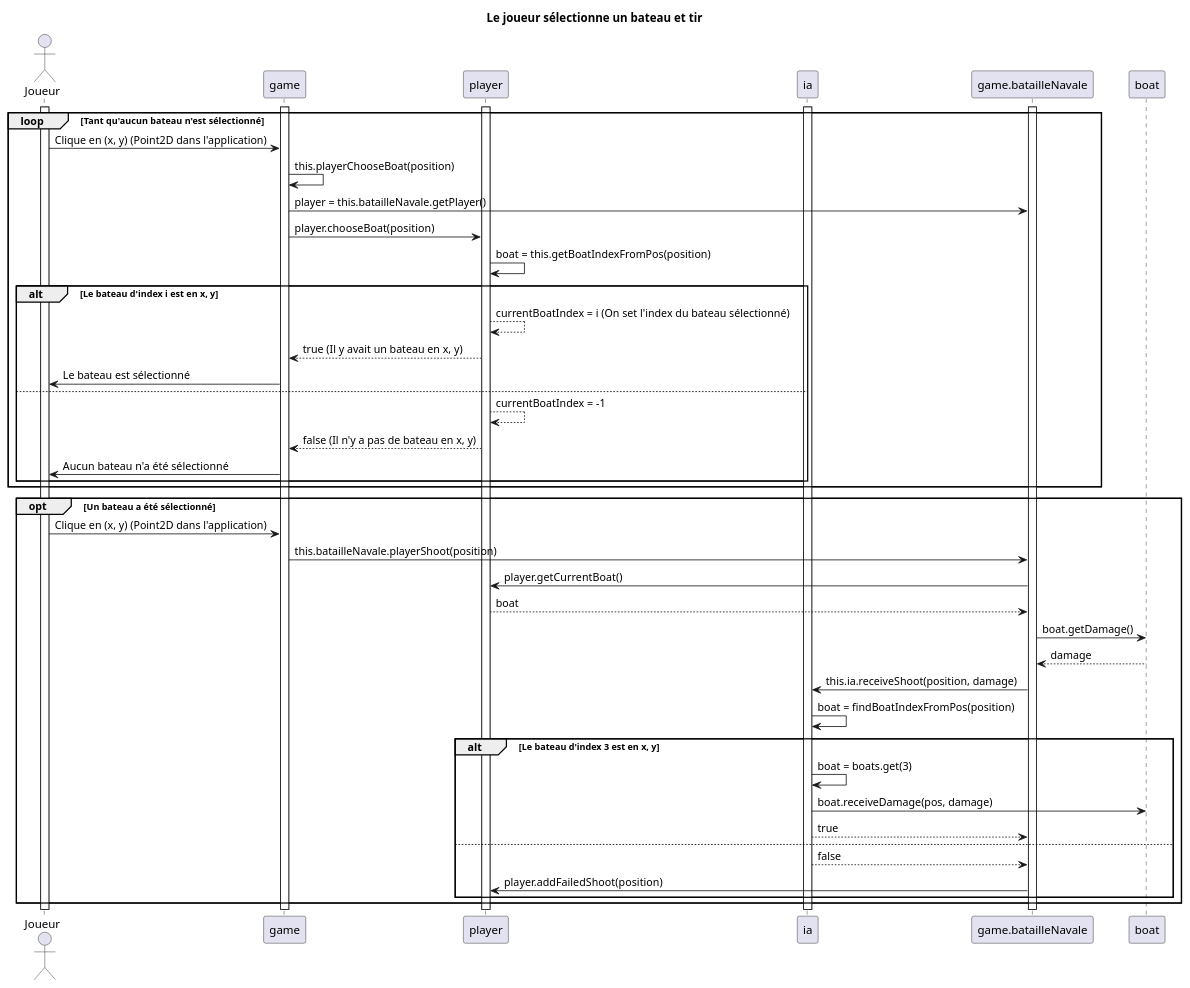
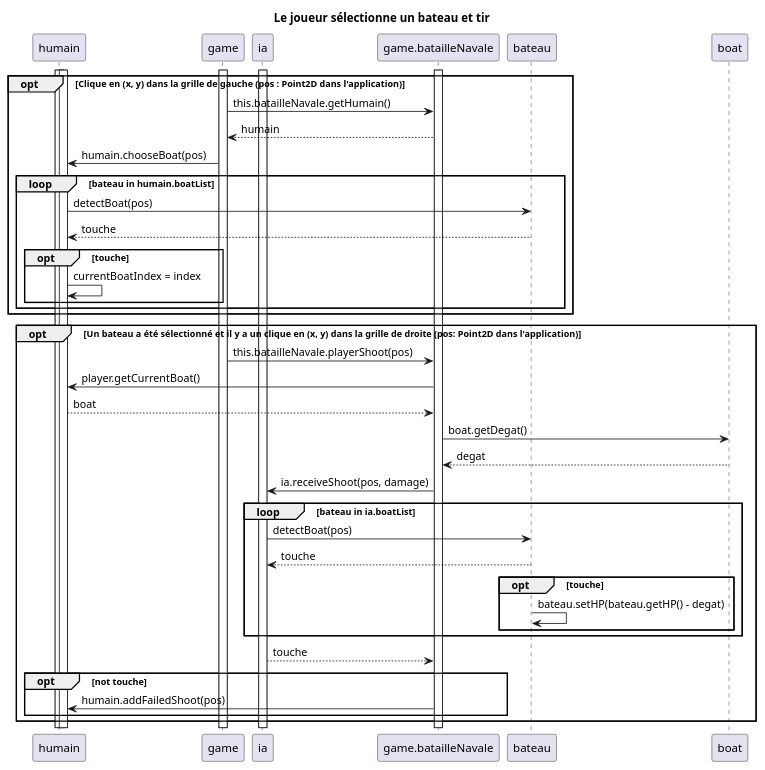
The diagram in conception/final/diag_seq_player_shoot.plantuml (AntoineCourtil/CAD2018_Laraclette), drawn with PlantUML before and after one commit. The commit also changed 7 other files, not shown here.

```diff
--- a/conception/final/diag_seq_player_shoot.plantuml
+++ b/conception/final/diag_seq_player_shoot.plantuml
@@ -1,53 +1,52 @@
 @startuml
 
 title Le joueur sélectionne un bateau et tir 
 
-actor Joueur
-
-activate Joueur
+activate humain
 activate game
-activate player
+activate humain
 activate ia
 activate game.batailleNavale
 
-loop Tant qu'aucun bateau n'est sélectionné
-    Joueur -> game : Clique en (x, y) (Point2D dans l'application)
-    game -> game : this.playerChooseBoat(position)
-    game -> game.batailleNavale : player = this.batailleNavale.getPlayer()
-    game -> player : player.chooseBoat(position)
-    player -> player : boat = this.getBoatIndexFromPos(position)
-    alt Le bateau d'index i est en x, y
-        player --> player : currentBoatIndex = i (On set l'index du bateau sélectionné)
-        player --> game : true (Il y avait un bateau en x, y)
-        game -> Joueur : Le bateau est sélectionné
-    else 
-        player --> player : currentBoatIndex = -1
-        player --> game : false (Il n'y a pas de bateau en x, y)
-        game -> Joueur : Aucun bateau n'a été sélectionné
+opt Clique en (x, y) dans la grille de gauche (pos : Point2D dans l'application)
+    game -> game.batailleNavale : this.batailleNavale.getHumain()
+    game.batailleNavale --> game : humain
+    game -> humain : humain.chooseBoat(pos)
+    loop bateau in humain.boatList
+        humain -> bateau : detectBoat(pos)
+        bateau --> humain : touche
+        opt touche
+            humain -> humain : currentBoatIndex = index
+        end
     end
 end
 
-opt Un bateau a été sélectionné
-    Joueur -> game : Clique en (x, y) (Point2D dans l'application)
-    game -> game.batailleNavale : this.batailleNavale.playerShoot(position)
+opt Un bateau a été sélectionné et il y a un clique en (x, y) dans la grille de droite (pos: Point2D dans l'application)
+    game -> game.batailleNavale : this.batailleNavale.playerShoot(pos)
     
-    game.batailleNavale -> player : player.getCurrentBoat()
-    player --> game.batailleNavale : boat
-    game.batailleNavale -> boat : boat.getDamage()
-    boat --> game.batailleNavale : damage
+    game.batailleNavale -> humain : player.getCurrentBoat()
+    humain --> game.batailleNavale : boat
+    game.batailleNavale -> boat : boat.getDegat()
+    boat --> game.batailleNavale : degat
     
-    game.batailleNavale -> ia : this.ia.receiveShoot(position, damage)
-    ia -> ia : boat = findBoatIndexFromPos(position)
-    alt Le bateau d'index 3 est en x, y
-        ia -> ia : boat = boats.get(3)
-        ia -> boat : boat.receiveDamage(pos, damage) 
-        ia --> game.batailleNavale : true
-    else 
-        ia --> game.batailleNavale : false
-        game.batailleNavale -> player : player.addFailedShoot(position)
-    end 
+    game.batailleNavale -> ia : ia.receiveShoot(pos, damage)
+    loop bateau in ia.boatList
+        ia -> bateau : detectBoat(pos)
+        bateau --> ia : touche
+        opt touche
+            bateau -> bateau : bateau.setHP(bateau.getHP() - degat)
+        end
+    end
+ 
+    ia --> game.batailleNavale : touche
+
+    opt not touche
+        game.batailleNavale -> humain : humain.addFailedShoot(pos)
+    end
+    
+
 end
 
 
 
 @enduml
```
